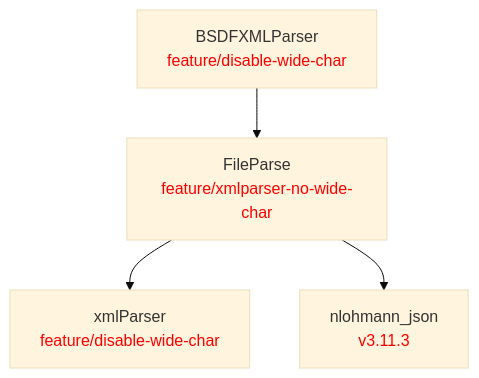
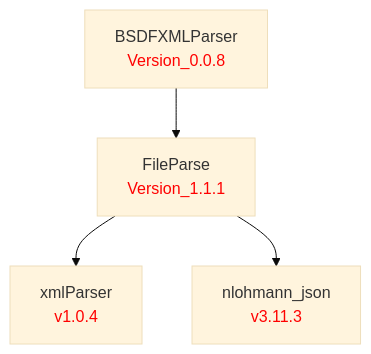
One commit to LBNL-ETA/BSDFXMLParser changed the diagram in doc/BSDFXMLParser.md. Above: the diagram before and after it, drawn with Mermaid (base theme). The commit also changed 1 other file, not shown here.

Commit message:
Bump version to 0.0.8, update FileParse to Version_1.1.1, remove MSVC runtime override

````diff
--- a/doc/BSDFXMLParser.md
+++ b/doc/BSDFXMLParser.md
@@ -1,13 +1,13 @@
 ```mermaid
 graph TD
     %% Package definitions
-    xmlParser[xmlParser<br/><font color='red'>feature/disable-wide-char</font>]
+    xmlParser[xmlParser<br/><font color='red'>v1.0.4</font>]
     nlohmann_json[nlohmann_json<br/><font color='red'>v3.11.3</font>]
-    FileParse[FileParse<br/><font color='red'>feature/xmlparser-no-wide-char</font>]
-    BSDFXMLParser[BSDFXMLParser<br/><font color='red'>feature/disable-wide-char</font>]
+    FileParse[FileParse<br/><font color='red'>Version_1.1.1</font>]
+    BSDFXMLParser[BSDFXMLParser<br/><font color='red'>Version_0.0.8</font>]
 
     %% Package relations
     BSDFXMLParser --> FileParse
     FileParse --> xmlParser
     FileParse --> nlohmann_json
 ```
````
